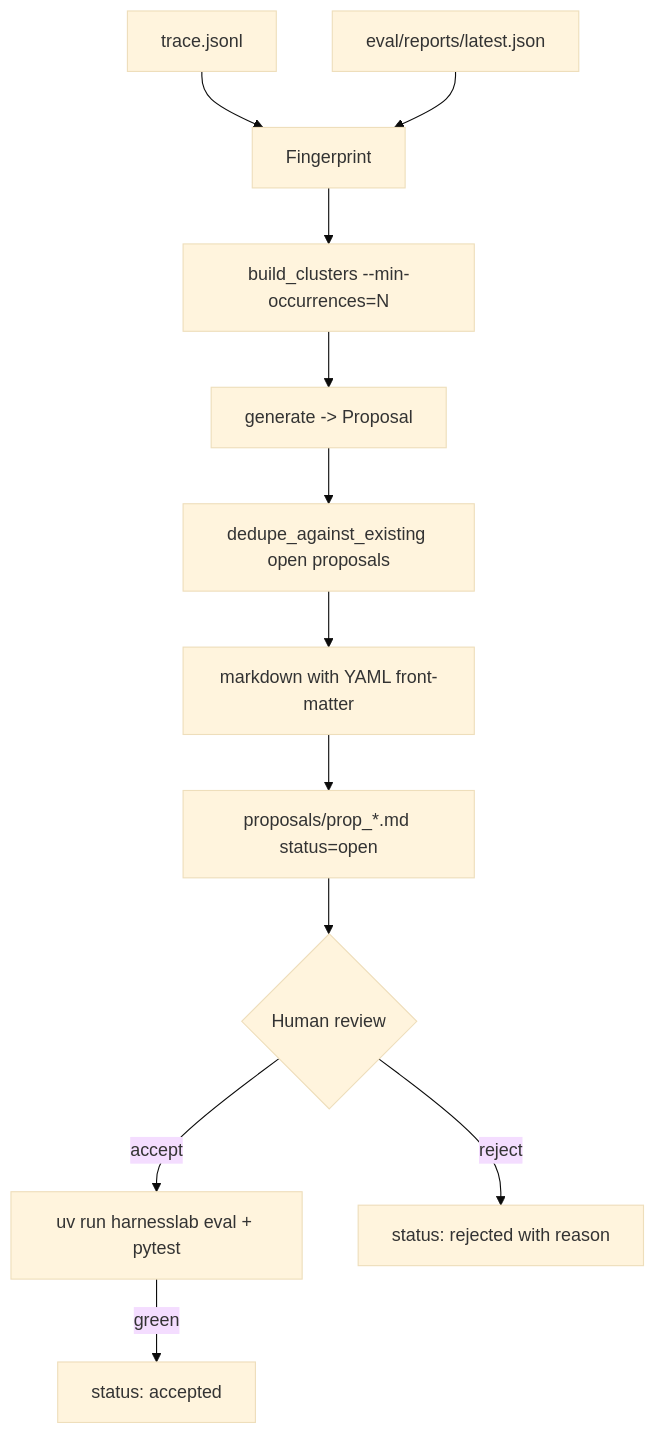
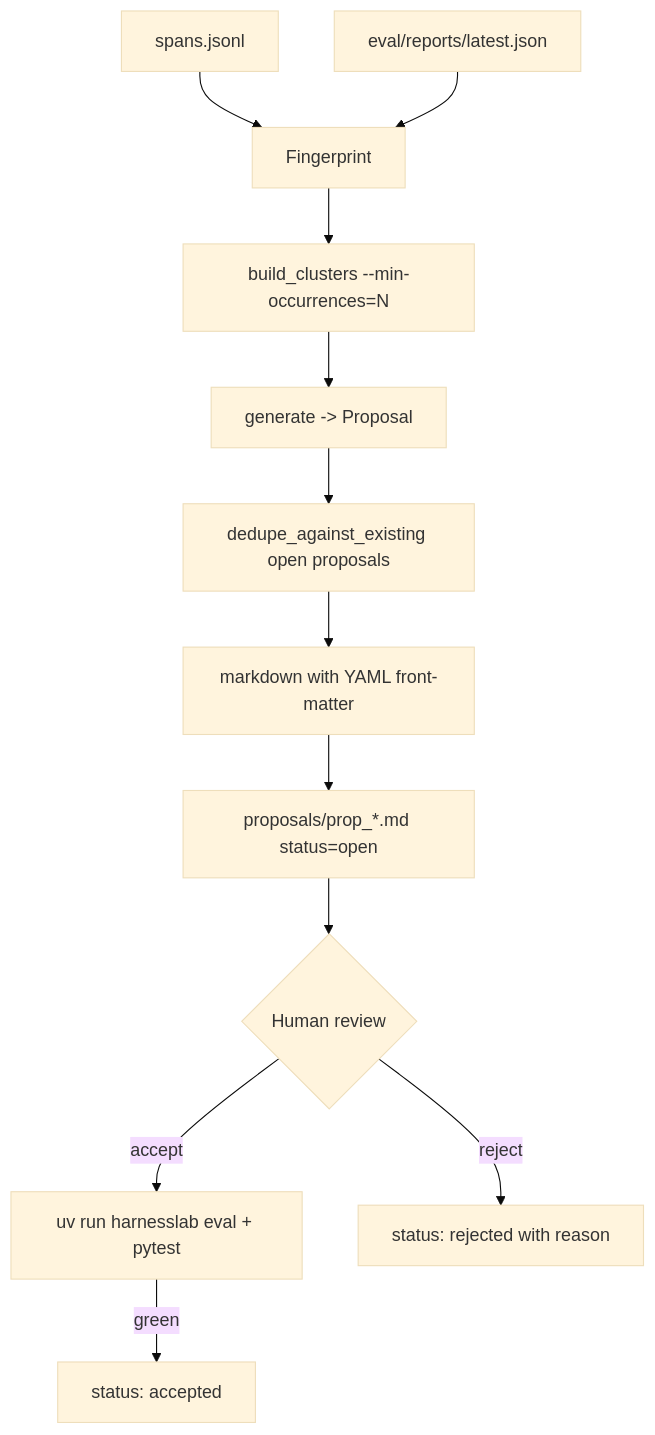
The fourth of 6 diagrams in docs/architecture/overview.md (zhumengzhu/HarnessLab), drawn with Mermaid (base theme) before and after one commit. The commit also changed other lines of this file and 126 other files, not shown here.

````diff
--- a/docs/architecture/overview.md
+++ b/docs/architecture/overview.md
@@ -349,14 +349,14 @@
 ```mermaid
 flowchart TD
-    Trace[trace.jsonl] --> Fingerprint
+    Trace[spans.jsonl] --> Fingerprint
     EvalReport[eval/reports/latest.json] --> Fingerprint
     Fingerprint --> Cluster[build_clusters --min-occurrences=N]
     Cluster --> Generator[generate -> Proposal]
     Generator --> Dedupe[dedupe_against_existing open proposals]
     Dedupe --> Render[markdown with YAML front-matter]
     Render --> ProposalsDir[proposals/prop_*.md status=open]
     ProposalsDir --> HumanReview{Human review}
     HumanReview -->|accept| Gate[uv run harnesslab eval + pytest]
     Gate -->|green| Accepted[status: accepted]
     HumanReview -->|reject| Rejected[status: rejected with reason]
 ```
````
